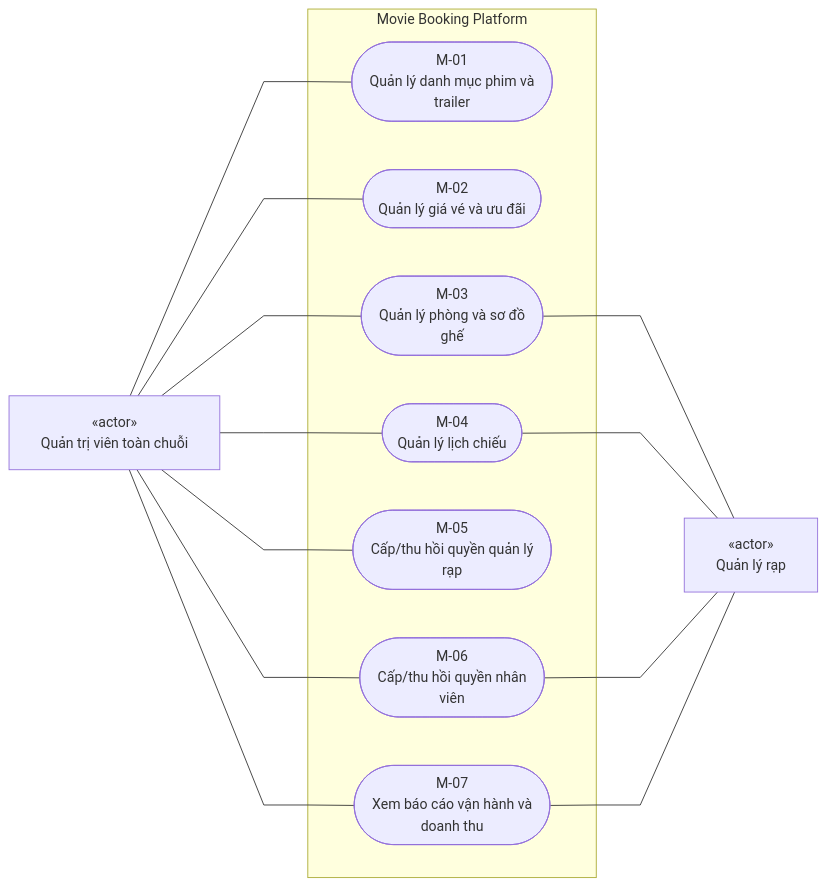
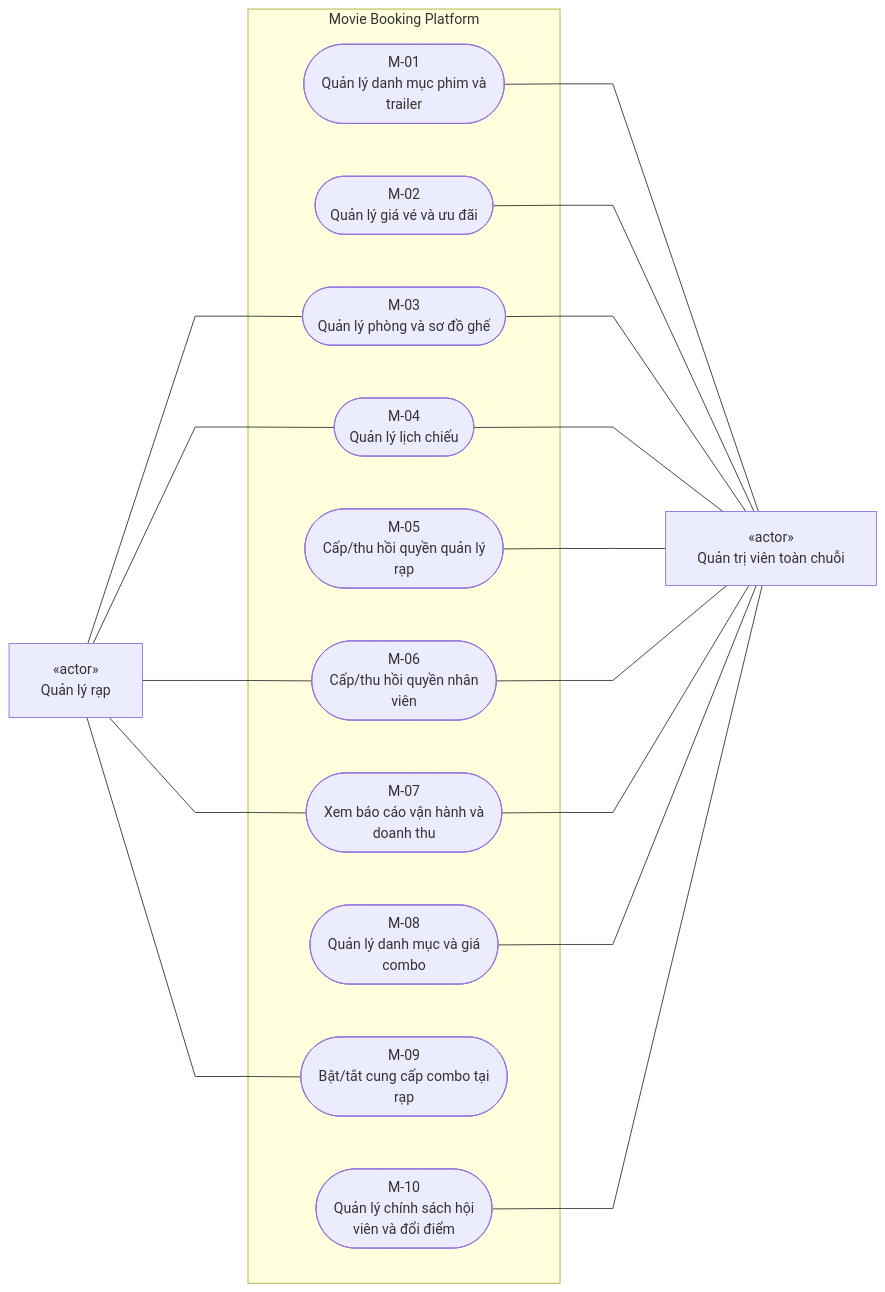
Before and after one commit to NhiBuaa/movie-booking-agent: the seventh of 10 diagrams in docs/03-product/use-cases.md, drawn with Mermaid. The commit also changed other lines of this file and 24 other files, not shown here.

Commit message:
docs: synchronize UML use cases and approved business policies

````diff
--- a/docs/03-product/use-cases.md
+++ b/docs/03-product/use-cases.md
@@ -416,28 +435,33 @@
 ```mermaid
-%%{init: {"flowchart":{"nodeSpacing":55,"rankSpacing":100,"curve":"linear","useMaxWidth":false,"padding":18}}}%%
+%%{init: {"flowchart":{"nodeSpacing":60,"rankSpacing":120,"curve":"linear","useMaxWidth":false,"padding":18}}}%%
 flowchart LR
+    %% Mỗi actor có một ID duy nhất; các khung G chỉ gom bố cục.
+    manager["«actor»<br/>Quản lý rạp"]
     admin["«actor»<br/>Quản trị viên toàn chuỗi"]
-    manager["«actor»<br/>Quản lý rạp"]
-
     subgraph system["Movie Booking Platform"]
         M_01(["M-01<br/>Quản lý danh mục phim và<br/>trailer"])
         M_02(["M-02<br/>Quản lý giá vé và ưu đãi"])
-        M_03(["M-03<br/>Quản lý phòng và sơ đồ<br/>ghế"])
+        M_03(["M-03<br/>Quản lý phòng và sơ đồ ghế"])
         M_04(["M-04<br/>Quản lý lịch chiếu"])
         M_05(["M-05<br/>Cấp/thu hồi quyền quản lý<br/>rạp"])
         M_06(["M-06<br/>Cấp/thu hồi quyền nhân<br/>viên"])
         M_07(["M-07<br/>Xem báo cáo vận hành và<br/>doanh thu"])
+        M_08(["M-08<br/>Quản lý danh mục và giá<br/>combo"])
+        M_09(["M-09<br/>Bật/tắt cung cấp combo tại<br/>rạp"])
+        M_10(["M-10<br/>Quản lý chính sách hội<br/>viên và đổi điểm"])
     end
-
-    admin --- M_01
-    admin --- M_02
-    admin --- M_03
-    admin --- M_04
-    admin --- M_05
-    admin --- M_06
-    admin --- M_07
-    M_03 --- manager
-    M_04 --- manager
-    M_06 --- manager
-    M_07 --- manager
+    M_01 --- admin
+    M_02 --- admin
+    manager --- M_03
+    M_03 --- admin
+    manager --- M_04
+    M_04 --- admin
+    M_05 --- admin
+    manager --- M_06
+    M_06 --- admin
+    manager --- M_07
+    M_07 --- admin
+    M_08 --- admin
+    manager --- M_09
+    M_10 --- admin
 ```
````
